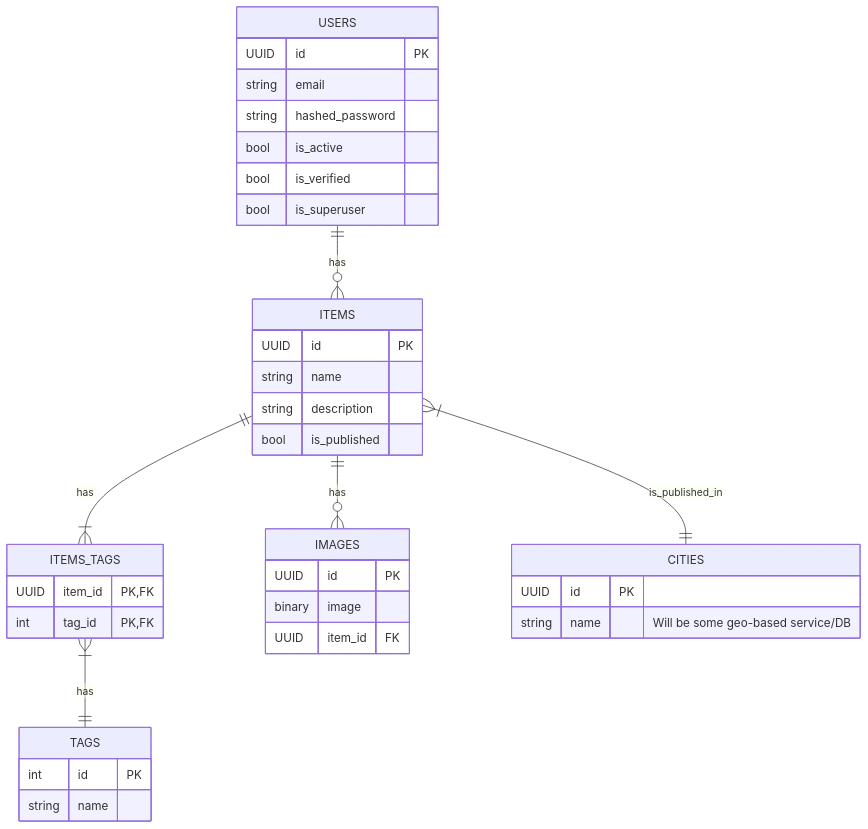
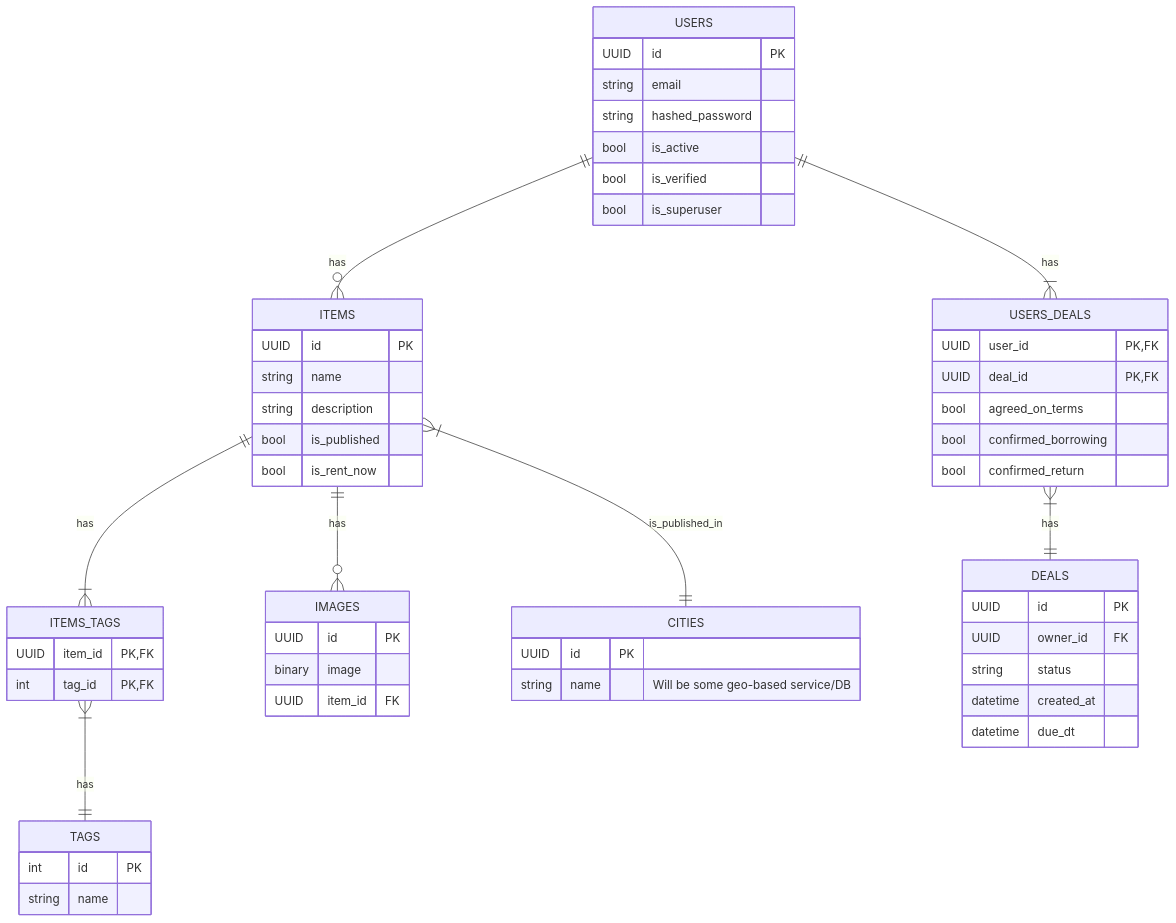
The diagram in docs/architecture/db.md (UnoYakshi/FRAAND), drawn with Mermaid before and after one commit.

Commit message:
feat(docs): Add a draft for Deals (ERD)
Refs: FRAAND-T-14

````diff
--- a/docs/architecture/db.md
+++ b/docs/architecture/db.md
@@ -3,47 +3,69 @@
 ```mermaid
 erDiagram
 
     USERS {
         UUID id PK
         string email
         string hashed_password
 
         bool is_active
         bool is_verified
         bool is_superuser
     }
 
     ITEMS {
         UUID id PK
         string name
         string description
         bool is_published
+        bool is_rent_now
     }
 
     ITEMS_TAGS {
         UUID item_id PK, FK
         int tag_id PK, FK
     }
 
     TAGS {
         int id PK
         string name
     }
 
     IMAGES {
         UUID id PK
         binary image
         UUID item_id FK
     }
 
     CITIES {
         UUID id PK
         string name "Will be some geo-based service/DB"
     }
 
+    USERS_DEALS {
+        UUID user_id PK, FK
+        UUID deal_id PK, FK
+        bool agreed_on_terms
+        bool confirmed_borrowing
+        bool confirmed_return
+    }
+
+    DEALS {
+        UUID id PK
+        UUID owner_id FK
+
+        string status
+
+        datetime created_at
+        datetime due_dt
+    }
+
     USERS || -- o{ ITEMS : has
+    USERS || -- |{ USERS_DEALS : has
+    USERS_DEALS }| -- || DEALS : has
+
     ITEMS || -- o{ IMAGES: has
     ITEMS }| -- || CITIES : is_published_in
     ITEMS || -- |{ ITEMS_TAGS : has
     ITEMS_TAGS }| -- || TAGS : has
 ```
````
